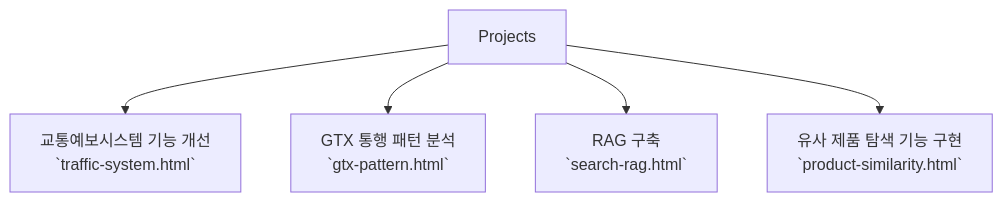
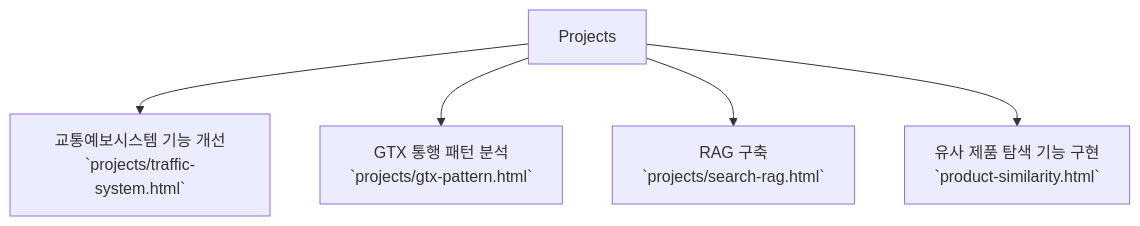
The second of 3 diagrams in docs/site-structure.md (weweGH/wewegh.github.io), drawn with Mermaid before and after one commit. The commit also changed other lines of this file and 8 other files, not shown here.

````diff
--- a/docs/site-structure.md
+++ b/docs/site-structure.md
@@ -45,7 +45,7 @@
 ```mermaid
 graph TD
-    Projects --> project_a[교통예보시스템 기능 개선<br/>`traffic-system.html`]
-    Projects --> project_b[GTX 통행 패턴 분석<br/>`gtx-pattern.html`]
-    Projects --> project_c[RAG 구축<br/>`search-rag.html`]
+    Projects --> project_a[교통예보시스템 기능 개선<br/>`projects/traffic-system.html`]
+    Projects --> project_b[GTX 통행 패턴 분석<br/>`projects/gtx-pattern.html`]
+    Projects --> project_c[RAG 구축<br/>`projects/search-rag.html`]
     Projects --> project_d[유사 제품 탐색 기능 구현<br/>`product-similarity.html`]
 ```
````
